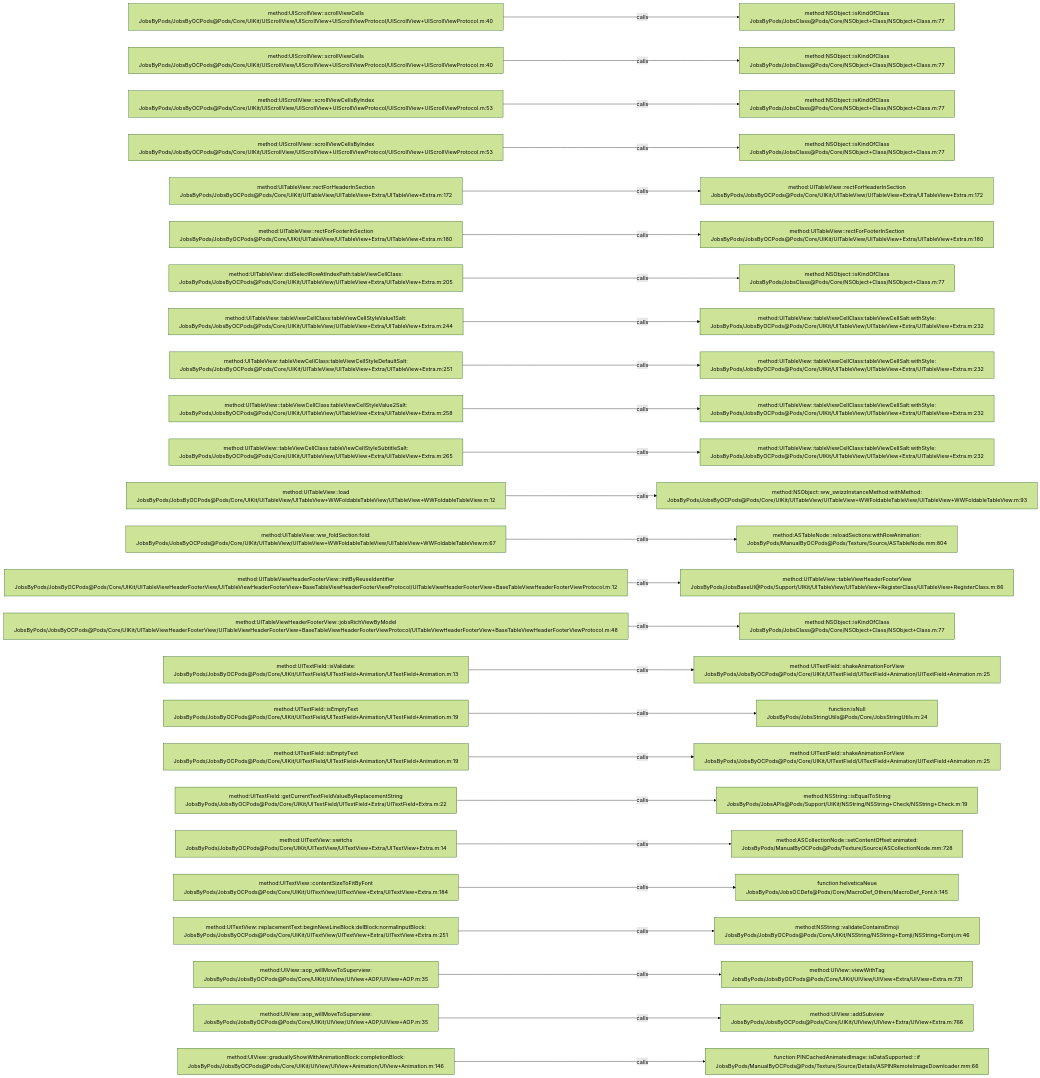
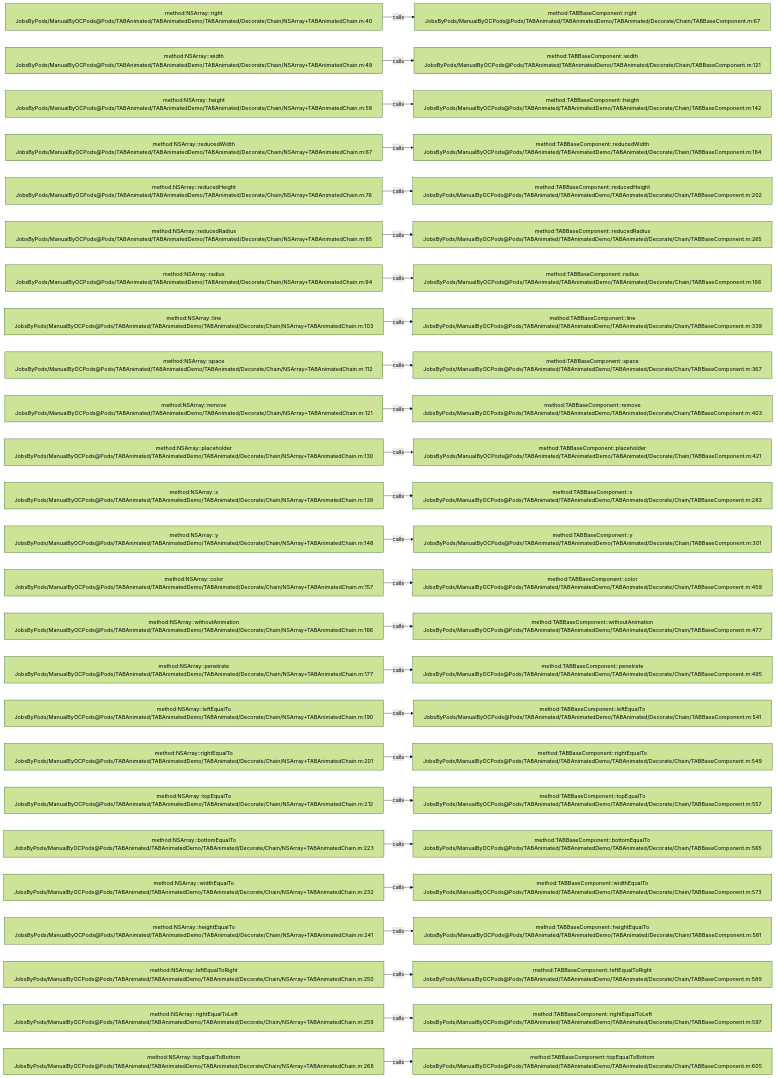
Before and after one commit to JobsKits/JobsOCBaseConfigDemo: the diagram in .codegraph/codegraph.md/graphs/calls-038.md, drawn with Mermaid (forest theme). The commit also changed 2162 other files, not shown here.

````diff
--- a/.codegraph/codegraph.md/graphs/calls-038.md
+++ b/.codegraph/codegraph.md/graphs/calls-038.md
@@ -13,78 +13,78 @@
 ```mermaid
 flowchart LR
-  S1["method:UIScrollView::scrollViewCells<br/>JobsByPods/JobsByOCPods@Pods/Core/UIKit/UIScrollView/UIScrollView+UIScrollViewProtocol/UIScrollView+UIScrollViewProtocol.m:40"]
-  T1["method:NSObject::isKindOfClass<br/>JobsByPods/JobsClass@Pods/Core/NSObject+Class/NSObject+Class.m:77"]
+  S1["method:NSArray::right<br/>JobsByPods/ManualByOCPods@Pods/TABAnimated/TABAnimatedDemo/TABAnimated/Decorate/Chain/NSArray+TABAnimatedChain.m:40"]
+  T1["method:TABBaseComponent::right<br/>JobsByPods/ManualByOCPods@Pods/TABAnimated/TABAnimatedDemo/TABAnimated/Decorate/Chain/TABBaseComponent.m:67"]
   S1 -->|calls| T1
-  S2["method:UIScrollView::scrollViewCells<br/>JobsByPods/JobsByOCPods@Pods/Core/UIKit/UIScrollView/UIScrollView+UIScrollViewProtocol/UIScrollView+UIScrollViewProtocol.m:40"]
-  T2["method:NSObject::isKindOfClass<br/>JobsByPods/JobsClass@Pods/Core/NSObject+Class/NSObject+Class.m:77"]
+  S2["method:NSArray::width<br/>JobsByPods/ManualByOCPods@Pods/TABAnimated/TABAnimatedDemo/TABAnimated/Decorate/Chain/NSArray+TABAnimatedChain.m:49"]
+  T2["method:TABBaseComponent::width<br/>JobsByPods/ManualByOCPods@Pods/TABAnimated/TABAnimatedDemo/TABAnimated/Decorate/Chain/TABBaseComponent.m:121"]
   S2 -->|calls| T2
-  S3["method:UIScrollView::scrollViewCellsByIndex<br/>JobsByPods/JobsByOCPods@Pods/Core/UIKit/UIScrollView/UIScrollView+UIScrollViewProtocol/UIScrollView+UIScrollViewProtocol.m:53"]
-  T3["method:NSObject::isKindOfClass<br/>JobsByPods/JobsClass@Pods/Core/NSObject+Class/NSObject+Class.m:77"]
+  S3["method:NSArray::height<br/>JobsByPods/ManualByOCPods@Pods/TABAnimated/TABAnimatedDemo/TABAnimated/Decorate/Chain/NSArray+TABAnimatedChain.m:58"]
+  T3["method:TABBaseComponent::height<br/>JobsByPods/ManualByOCPods@Pods/TABAnimated/TABAnimatedDemo/TABAnimated/Decorate/Chain/TABBaseComponent.m:142"]
   S3 -->|calls| T3
-  S4["method:UIScrollView::scrollViewCellsByIndex<br/>JobsByPods/JobsByOCPods@Pods/Core/UIKit/UIScrollView/UIScrollView+UIScrollViewProtocol/UIScrollView+UIScrollViewProtocol.m:53"]
-  T4["method:NSObject::isKindOfClass<br/>JobsByPods/JobsClass@Pods/Core/NSObject+Class/NSObject+Class.m:77"]
+  S4["method:NSArray::reducedWidth<br/>JobsByPods/ManualByOCPods@Pods/TABAnimated/TABAnimatedDemo/TABAnimated/Decorate/Chain/NSArray+TABAnimatedChain.m:67"]
+  T4["method:TABBaseComponent::reducedWidth<br/>JobsByPods/ManualByOCPods@Pods/TABAnimated/TABAnimatedDemo/TABAnimated/Decorate/Chain/TABBaseComponent.m:184"]
   S4 -->|calls| T4
-  S5["method:UITableView::rectForHeaderInSection<br/>JobsByPods/JobsByOCPods@Pods/Core/UIKit/UITableView/UITableView+Extra/UITableView+Extra.m:172"]
-  T5["method:UITableView::rectForHeaderInSection<br/>JobsByPods/JobsByOCPods@Pods/Core/UIKit/UITableView/UITableView+Extra/UITableView+Extra.m:172"]
+  S5["method:NSArray::reducedHeight<br/>JobsByPods/ManualByOCPods@Pods/TABAnimated/TABAnimatedDemo/TABAnimated/Decorate/Chain/NSArray+TABAnimatedChain.m:76"]
+  T5["method:TABBaseComponent::reducedHeight<br/>JobsByPods/ManualByOCPods@Pods/TABAnimated/TABAnimatedDemo/TABAnimated/Decorate/Chain/TABBaseComponent.m:202"]
   S5 -->|calls| T5
-  S6["method:UITableView::rectForFooterInSection<br/>JobsByPods/JobsByOCPods@Pods/Core/UIKit/UITableView/UITableView+Extra/UITableView+Extra.m:180"]
-  T6["method:UITableView::rectForFooterInSection<br/>JobsByPods/JobsByOCPods@Pods/Core/UIKit/UITableView/UITableView+Extra/UITableView+Extra.m:180"]
+  S6["method:NSArray::reducedRadius<br/>JobsByPods/ManualByOCPods@Pods/TABAnimated/TABAnimatedDemo/TABAnimated/Decorate/Chain/NSArray+TABAnimatedChain.m:85"]
+  T6["method:TABBaseComponent::reducedRadius<br/>JobsByPods/ManualByOCPods@Pods/TABAnimated/TABAnimatedDemo/TABAnimated/Decorate/Chain/TABBaseComponent.m:265"]
   S6 -->|calls| T6
-  S7["method:UITableView::didSelectRowAtIndexPath:tableViewCellClass:<br/>JobsByPods/JobsByOCPods@Pods/Core/UIKit/UITableView/UITableView+Extra/UITableView+Extra.m:205"]
-  T7["method:NSObject::isKindOfClass<br/>JobsByPods/JobsClass@Pods/Core/NSObject+Class/NSObject+Class.m:77"]
+  S7["method:NSArray::radius<br/>JobsByPods/ManualByOCPods@Pods/TABAnimated/TABAnimatedDemo/TABAnimated/Decorate/Chain/NSArray+TABAnimatedChain.m:94"]
+  T7["method:TABBaseComponent::radius<br/>JobsByPods/ManualByOCPods@Pods/TABAnimated/TABAnimatedDemo/TABAnimated/Decorate/Chain/TABBaseComponent.m:166"]
   S7 -->|calls| T7
-  S8["method:UITableView::tableViewCellClass:tableViewCellStyleValue1Salt:<br/>JobsByPods/JobsByOCPods@Pods/Core/UIKit/UITableView/UITableView+Extra/UITableView+Extra.m:244"]
-  T8["method:UITableView::tableViewCellClass:tableViewCellSalt:withStyle:<br/>JobsByPods/JobsByOCPods@Pods/Core/UIKit/UITableView/UITableView+Extra/UITableView+Extra.m:232"]
+  S8["method:NSArray::line<br/>JobsByPods/ManualByOCPods@Pods/TABAnimated/TABAnimatedDemo/TABAnimated/Decorate/Chain/NSArray+TABAnimatedChain.m:103"]
+  T8["method:TABBaseComponent::line<br/>JobsByPods/ManualByOCPods@Pods/TABAnimated/TABAnimatedDemo/TABAnimated/Decorate/Chain/TABBaseComponent.m:339"]
   S8 -->|calls| T8
-  S9["method:UITableView::tableViewCellClass:tableViewCellStyleDefaultSalt:<br/>JobsByPods/JobsByOCPods@Pods/Core/UIKit/UITableView/UITableView+Extra/UITableView+Extra.m:251"]
-  T9["method:UITableView::tableViewCellClass:tableViewCellSalt:withStyle:<br/>JobsByPods/JobsByOCPods@Pods/Core/UIKit/UITableView/UITableView+Extra/UITableView+Extra.m:232"]
+  S9["method:NSArray::space<br/>JobsByPods/ManualByOCPods@Pods/TABAnimated/TABAnimatedDemo/TABAnimated/Decorate/Chain/NSArray+TABAnimatedChain.m:112"]
+  T9["method:TABBaseComponent::space<br/>JobsByPods/ManualByOCPods@Pods/TABAnimated/TABAnimatedDemo/TABAnimated/Decorate/Chain/TABBaseComponent.m:367"]
   S9 -->|calls| T9
-  S10["method:UITableView::tableViewCellClass:tableViewCellStyleValue2Salt:<br/>JobsByPods/JobsByOCPods@Pods/Core/UIKit/UITableView/UITableView+Extra/UITableView+Extra.m:258"]
-  T10["method:UITableView::tableViewCellClass:tableViewCellSalt:withStyle:<br/>JobsByPods/JobsByOCPods@Pods/Core/UIKit/UITableView/UITableView+Extra/UITableView+Extra.m:232"]
+  S10["method:NSArray::remove<br/>JobsByPods/ManualByOCPods@Pods/TABAnimated/TABAnimatedDemo/TABAnimated/Decorate/Chain/NSArray+TABAnimatedChain.m:121"]
+  T10["method:TABBaseComponent::remove<br/>JobsByPods/ManualByOCPods@Pods/TABAnimated/TABAnimatedDemo/TABAnimated/Decorate/Chain/TABBaseComponent.m:403"]
   S10 -->|calls| T10
-  S11["method:UITableView::tableViewCellClass:tableViewCellStyleSubtitleSalt:<br/>JobsByPods/JobsByOCPods@Pods/Core/UIKit/UITableView/UITableView+Extra/UITableView+Extra.m:265"]
-  T11["method:UITableView::tableViewCellClass:tableViewCellSalt:withStyle:<br/>JobsByPods/JobsByOCPods@Pods/Core/UIKit/UITableView/UITableView+Extra/UITableView+Extra.m:232"]
+  S11["method:NSArray::placeholder<br/>JobsByPods/ManualByOCPods@Pods/TABAnimated/TABAnimatedDemo/TABAnimated/Decorate/Chain/NSArray+TABAnimatedChain.m:130"]
+  T11["method:TABBaseComponent::placeholder<br/>JobsByPods/ManualByOCPods@Pods/TABAnimated/TABAnimatedDemo/TABAnimated/Decorate/Chain/TABBaseComponent.m:421"]
   S11 -->|calls| T11
-  S12["method:UITableView::load<br/>JobsByPods/JobsByOCPods@Pods/Core/UIKit/UITableView/UITableView+WWFoldableTableView/UITableView+WWFoldableTableView.m:12"]
-  T12["method:NSObject::ww_swizzInstanceMethod:withMethod:<br/>JobsByPods/JobsByOCPods@Pods/Core/UIKit/UITableView/UITableView+WWFoldableTableView/UITableView+WWFoldableTableView.m:93"]
+  S12["method:NSArray::x<br/>JobsByPods/ManualByOCPods@Pods/TABAnimated/TABAnimatedDemo/TABAnimated/Decorate/Chain/NSArray+TABAnimatedChain.m:139"]
+  T12["method:TABBaseComponent::x<br/>JobsByPods/ManualByOCPods@Pods/TABAnimated/TABAnimatedDemo/TABAnimated/Decorate/Chain/TABBaseComponent.m:283"]
   S12 -->|calls| T12
-  S13["method:UITableView::ww_foldSection:fold:<br/>JobsByPods/JobsByOCPods@Pods/Core/UIKit/UITableView/UITableView+WWFoldableTableView/UITableView+WWFoldableTableView.m:67"]
-  T13["method:ASTableNode::reloadSections:withRowAnimation:<br/>JobsByPods/ManualByOCPods@Pods/Texture/Source/ASTableNode.mm:804"]
+  S13["method:NSArray::y<br/>JobsByPods/ManualByOCPods@Pods/TABAnimated/TABAnimatedDemo/TABAnimated/Decorate/Chain/NSArray+TABAnimatedChain.m:148"]
+  T13["method:TABBaseComponent::y<br/>JobsByPods/ManualByOCPods@Pods/TABAnimated/TABAnimatedDemo/TABAnimated/Decorate/Chain/TABBaseComponent.m:301"]
   S13 -->|calls| T13
-  S14["method:UITableViewHeaderFooterView::initByReuseIdentifier<br/>JobsByPods/JobsByOCPods@Pods/Core/UIKit/UITableViewHeaderFooterView/UITableViewHeaderFooterView+BaseTableViewHeaderFooterViewProtocol/UITableViewHeaderFooterView+BaseTableViewHeaderFooterViewProtocol.m:12"]
-  T14["method:UITableView::tableViewHeaderFooterView<br/>JobsByPods/JobsBaseUI@Pods/Support/UIKit/UITableView/UITableView+RegisterClass/UITableView+RegisterClass.m:86"]
+  S14["method:NSArray::color<br/>JobsByPods/ManualByOCPods@Pods/TABAnimated/TABAnimatedDemo/TABAnimated/Decorate/Chain/NSArray+TABAnimatedChain.m:157"]
+  T14["method:TABBaseComponent::color<br/>JobsByPods/ManualByOCPods@Pods/TABAnimated/TABAnimatedDemo/TABAnimated/Decorate/Chain/TABBaseComponent.m:459"]
   S14 -->|calls| T14
-  S15["method:UITableViewHeaderFooterView::jobsRichViewByModel<br/>JobsByPods/JobsByOCPods@Pods/Core/UIKit/UITableViewHeaderFooterView/UITableViewHeaderFooterView+BaseTableViewHeaderFooterViewProtocol/UITableViewHeaderFooterView+BaseTableViewHeaderFooterViewProtocol.m:48"]
-  T15["method:NSObject::isKindOfClass<br/>JobsByPods/JobsClass@Pods/Core/NSObject+Class/NSObject+Class.m:77"]
+  S15["method:NSArray::withoutAnimation<br/>JobsByPods/ManualByOCPods@Pods/TABAnimated/TABAnimatedDemo/TABAnimated/Decorate/Chain/NSArray+TABAnimatedChain.m:166"]
+  T15["method:TABBaseComponent::withoutAnimation<br/>JobsByPods/ManualByOCPods@Pods/TABAnimated/TABAnimatedDemo/TABAnimated/Decorate/Chain/TABBaseComponent.m:477"]
   S15 -->|calls| T15
-  S16["method:UITextField::isValidate:<br/>JobsByPods/JobsByOCPods@Pods/Core/UIKit/UITextField/UITextField+Animation/UITextField+Animation.m:13"]
-  T16["method:UITextField::shakeAnimationForView<br/>JobsByPods/JobsByOCPods@Pods/Core/UIKit/UITextField/UITextField+Animation/UITextField+Animation.m:25"]
+  S16["method:NSArray::penetrate<br/>JobsByPods/ManualByOCPods@Pods/TABAnimated/TABAnimatedDemo/TABAnimated/Decorate/Chain/NSArray+TABAnimatedChain.m:177"]
+  T16["method:TABBaseComponent::penetrate<br/>JobsByPods/ManualByOCPods@Pods/TABAnimated/TABAnimatedDemo/TABAnimated/Decorate/Chain/TABBaseComponent.m:495"]
   S16 -->|calls| T16
-  S17["method:UITextField::isEmptyText<br/>JobsByPods/JobsByOCPods@Pods/Core/UIKit/UITextField/UITextField+Animation/UITextField+Animation.m:19"]
-  T17["function:isNull<br/>JobsByPods/JobsStringUtils@Pods/Core/JobsStringUtils.m:24"]
+  S17["method:NSArray::leftEqualTo<br/>JobsByPods/ManualByOCPods@Pods/TABAnimated/TABAnimatedDemo/TABAnimated/Decorate/Chain/NSArray+TABAnimatedChain.m:190"]
+  T17["method:TABBaseComponent::leftEqualTo<br/>JobsByPods/ManualByOCPods@Pods/TABAnimated/TABAnimatedDemo/TABAnimated/Decorate/Chain/TABBaseComponent.m:541"]
   S17 -->|calls| T17
-  S18["method:UITextField::isEmptyText<br/>JobsByPods/JobsByOCPods@Pods/Core/UIKit/UITextField/UITextField+Animation/UITextField+Animation.m:19"]
-  T18["method:UITextField::shakeAnimationForView<br/>JobsByPods/JobsByOCPods@Pods/Core/UIKit/UITextField/UITextField+Animation/UITextField+Animation.m:25"]
+  S18["method:NSArray::rightEqualTo<br/>JobsByPods/ManualByOCPods@Pods/TABAnimated/TABAnimatedDemo/TABAnimated/Decorate/Chain/NSArray+TABAnimatedChain.m:201"]
+  T18["method:TABBaseComponent::rightEqualTo<br/>JobsByPods/ManualByOCPods@Pods/TABAnimated/TABAnimatedDemo/TABAnimated/Decorate/Chain/TABBaseComponent.m:549"]
   S18 -->|calls| T18
-  S19["method:UITextField::getCurrentTextFieldValueByReplacementString<br/>JobsByPods/JobsByOCPods@Pods/Core/UIKit/UITextField/UITextField+Extra/UITextField+Extra.m:22"]
-  T19["method:NSString::isEqualToString<br/>JobsByPods/JobsAPIs@Pods/Support/UIKit/NSString/NSString+Check/NSString+Check.m:19"]
+  S19["method:NSArray::topEqualTo<br/>JobsByPods/ManualByOCPods@Pods/TABAnimated/TABAnimatedDemo/TABAnimated/Decorate/Chain/NSArray+TABAnimatedChain.m:212"]
+  T19["method:TABBaseComponent::topEqualTo<br/>JobsByPods/ManualByOCPods@Pods/TABAnimated/TABAnimatedDemo/TABAnimated/Decorate/Chain/TABBaseComponent.m:557"]
   S19 -->|calls| T19
-  S20["method:UITextView::switchs<br/>JobsByPods/JobsByOCPods@Pods/Core/UIKit/UITextView/UITextView+Extra/UITextView+Extra.m:14"]
-  T20["method:ASCollectionNode::setContentOffset:animated:<br/>JobsByPods/ManualByOCPods@Pods/Texture/Source/ASCollectionNode.mm:728"]
+  S20["method:NSArray::bottomEqualTo<br/>JobsByPods/ManualByOCPods@Pods/TABAnimated/TABAnimatedDemo/TABAnimated/Decorate/Chain/NSArray+TABAnimatedChain.m:223"]
+  T20["method:TABBaseComponent::bottomEqualTo<br/>JobsByPods/ManualByOCPods@Pods/TABAnimated/TABAnimatedDemo/TABAnimated/Decorate/Chain/TABBaseComponent.m:565"]
   S20 -->|calls| T20
-  S21["method:UITextView::contentSizeToFitByFont<br/>JobsByPods/JobsByOCPods@Pods/Core/UIKit/UITextView/UITextView+Extra/UITextView+Extra.m:184"]
-  T21["function:helveticaNeue<br/>JobsByPods/JobsOCDefs@Pods/Core/MacroDef_Others/MacroDef_Font.h:145"]
+  S21["method:NSArray::widthEqualTo<br/>JobsByPods/ManualByOCPods@Pods/TABAnimated/TABAnimatedDemo/TABAnimated/Decorate/Chain/NSArray+TABAnimatedChain.m:232"]
+  T21["method:TABBaseComponent::widthEqualTo<br/>JobsByPods/ManualByOCPods@Pods/TABAnimated/TABAnimatedDemo/TABAnimated/Decorate/Chain/TABBaseComponent.m:573"]
   S21 -->|calls| T21
-  S22["method:UITextView::replacementText:beginNewLineBlock:delBlock:normalInputBlock:<br/>JobsByPods/JobsByOCPods@Pods/Core/UIKit/UITextView/UITextView+Extra/UITextView+Extra.m:251"]
-  T22["method:NSString::validateContainsEmoji<br/>JobsByPods/JobsByOCPods@Pods/Core/UIKit/NSString/NSString+Eomji/NSString+Eomji.m:46"]
+  S22["method:NSArray::heightEqualTo<br/>JobsByPods/ManualByOCPods@Pods/TABAnimated/TABAnimatedDemo/TABAnimated/Decorate/Chain/NSArray+TABAnimatedChain.m:241"]
+  T22["method:TABBaseComponent::heightEqualTo<br/>JobsByPods/ManualByOCPods@Pods/TABAnimated/TABAnimatedDemo/TABAnimated/Decorate/Chain/TABBaseComponent.m:581"]
   S22 -->|calls| T22
-  S23["method:UIView::aop_willMoveToSuperview:<br/>JobsByPods/JobsByOCPods@Pods/Core/UIKit/UIView/UIView+AOP/UIView+AOP.m:35"]
-  T23["method:UIView::viewWithTag<br/>JobsByPods/JobsByOCPods@Pods/Core/UIKit/UIView/UIView+Extra/UIView+Extra.m:731"]
+  S23["method:NSArray::leftEqualToRight<br/>JobsByPods/ManualByOCPods@Pods/TABAnimated/TABAnimatedDemo/TABAnimated/Decorate/Chain/NSArray+TABAnimatedChain.m:250"]
+  T23["method:TABBaseComponent::leftEqualToRight<br/>JobsByPods/ManualByOCPods@Pods/TABAnimated/TABAnimatedDemo/TABAnimated/Decorate/Chain/TABBaseComponent.m:589"]
   S23 -->|calls| T23
-  S24["method:UIView::aop_willMoveToSuperview:<br/>JobsByPods/JobsByOCPods@Pods/Core/UIKit/UIView/UIView+AOP/UIView+AOP.m:35"]
-  T24["method:UIView::addSubview<br/>JobsByPods/JobsByOCPods@Pods/Core/UIKit/UIView/UIView+Extra/UIView+Extra.m:766"]
+  S24["method:NSArray::rightEqualToLeft<br/>JobsByPods/ManualByOCPods@Pods/TABAnimated/TABAnimatedDemo/TABAnimated/Decorate/Chain/NSArray+TABAnimatedChain.m:259"]
+  T24["method:TABBaseComponent::rightEqualToLeft<br/>JobsByPods/ManualByOCPods@Pods/TABAnimated/TABAnimatedDemo/TABAnimated/Decorate/Chain/TABBaseComponent.m:597"]
   S24 -->|calls| T24
-  S25["method:UIView::graduallyShowWithAnimationBlock:completionBlock:<br/>JobsByPods/JobsByOCPods@Pods/Core/UIKit/UIView/UIView+Animation/UIView+Animation.m:146"]
-  T25["function:PINCachedAnimatedImage::isDataSupported:::if<br/>JobsByPods/ManualByOCPods@Pods/Texture/Source/Details/ASPINRemoteImageDownloader.mm:66"]
+  S25["method:NSArray::topEqualToBottom<br/>JobsByPods/ManualByOCPods@Pods/TABAnimated/TABAnimatedDemo/TABAnimated/Decorate/Chain/NSArray+TABAnimatedChain.m:268"]
+  T25["method:TABBaseComponent::topEqualToBottom<br/>JobsByPods/ManualByOCPods@Pods/TABAnimated/TABAnimatedDemo/TABAnimated/Decorate/Chain/TABBaseComponent.m:605"]
   S25 -->|calls| T25
 ```
````
